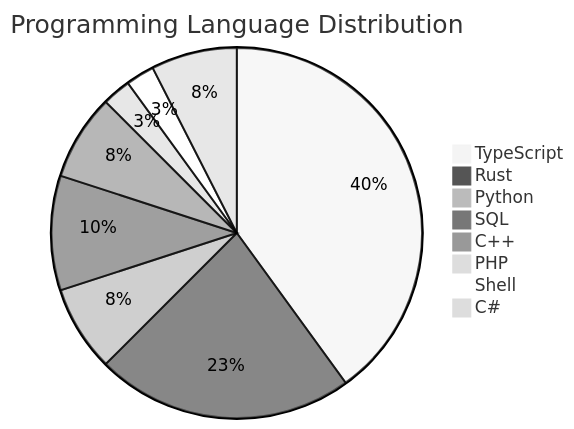
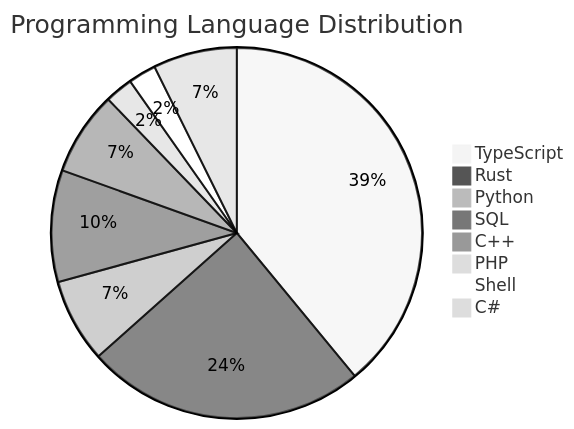
One commit to ernivani/leetcode-solutions changed the second of 2 diagrams in JOURNAL.md. Above: the diagram before and after it, drawn with Mermaid (neutral theme). The commit also changed other lines of this file and 2 other files, not shown here.

Commit message:
Update JOURNAL.md and README.md to add a new entry for problem 2270: Number of Ways to Split Array with a corresponding Rust solution. Adjust problem difficulty and programming language distribution statistics to reflect the new entry. Ensure proper formatting throughout.

````diff
--- a/JOURNAL.md
+++ b/JOURNAL.md
@@ -59,11 +60,11 @@
 ```mermaid
 pie title Programming Language Distribution
     "TypeScript" : 16
-    "Rust" : 9
+    "Rust" : 10
     "Python" : 3
     "SQL" : 4
     "C++" : 3
     "PHP" : 1
     "Shell" : 1
     "C#" : 3
 ```
````
